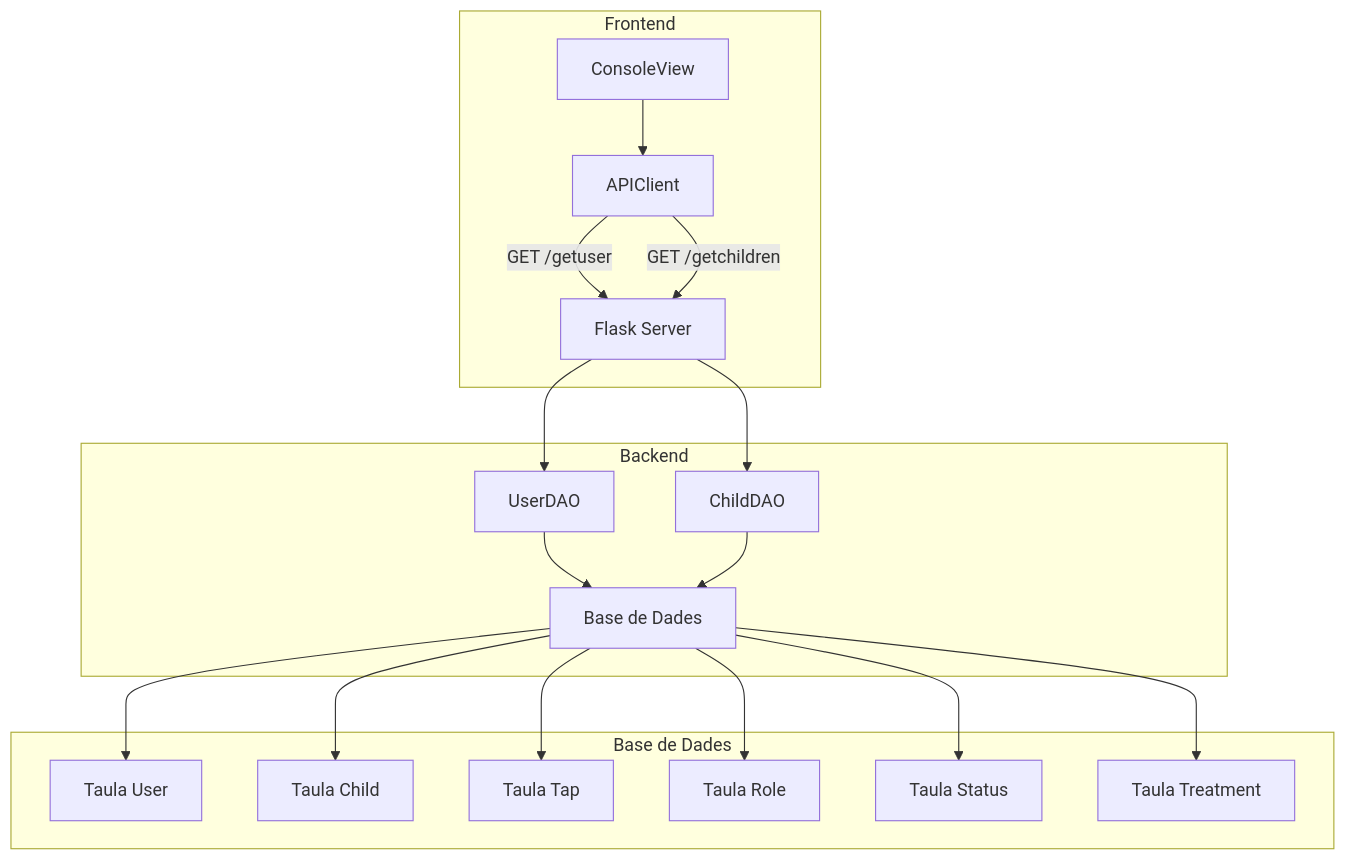
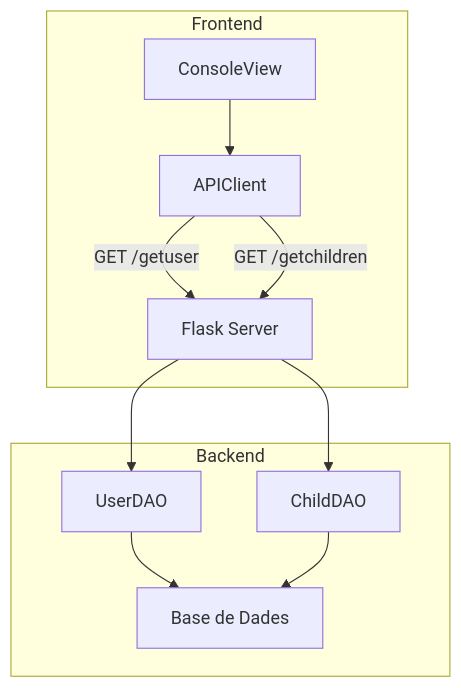
The diagram in Prototip2/DiagramaArqP2.mermaid (lauragrr1/tapatapp), drawn with Mermaid before and after one commit.

```diff
--- a/Prototip2/DiagramaArqP2.mermaid
+++ b/Prototip2/DiagramaArqP2.mermaid
@@ -1,22 +1,13 @@
 graph TD
     subgraph Frontend
         A[ConsoleView] --> B[APIClient]
         B -->|GET /getuser| C[Backend]
         B -->|GET /getchildren| C
     end
 
     subgraph Backend
         C[Flask Server] --> D[UserDAO]
         C --> E[ChildDAO]
         D --> F[Base de Dades]
         E --> F
     end
-
-    subgraph Base de Dades
-        F[Base de Dades] --> G[Taula User]
-        F --> H[Taula Child]
-        F --> I[Taula Tap]
-        F --> J[Taula Role]
-        F --> K[Taula Status]
-        F --> L[Taula Treatment]
-    end
```
